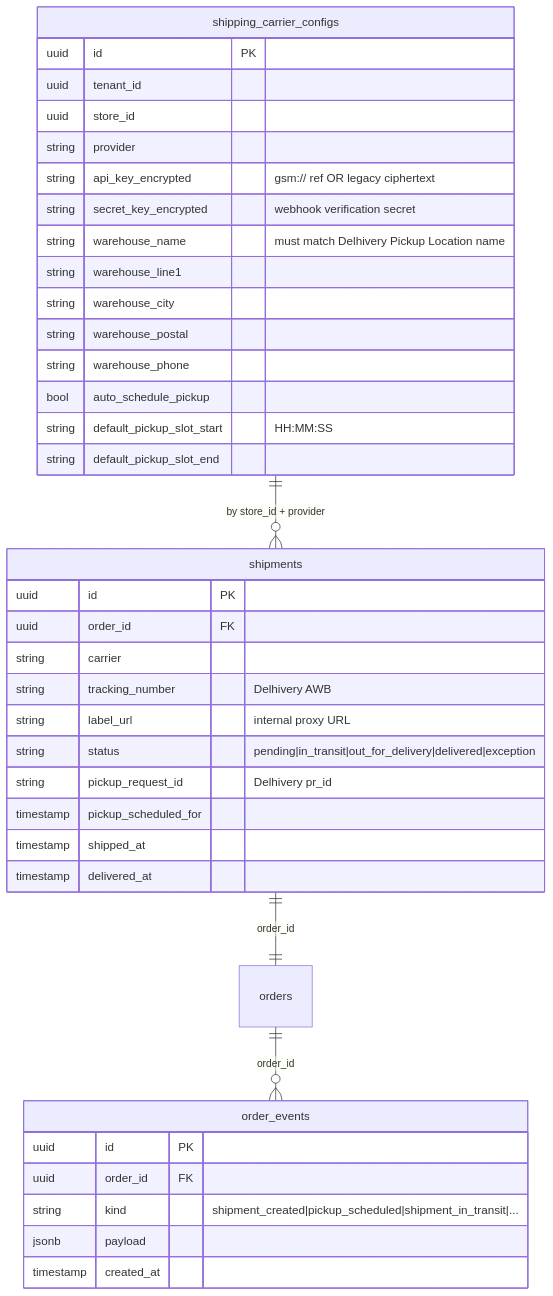
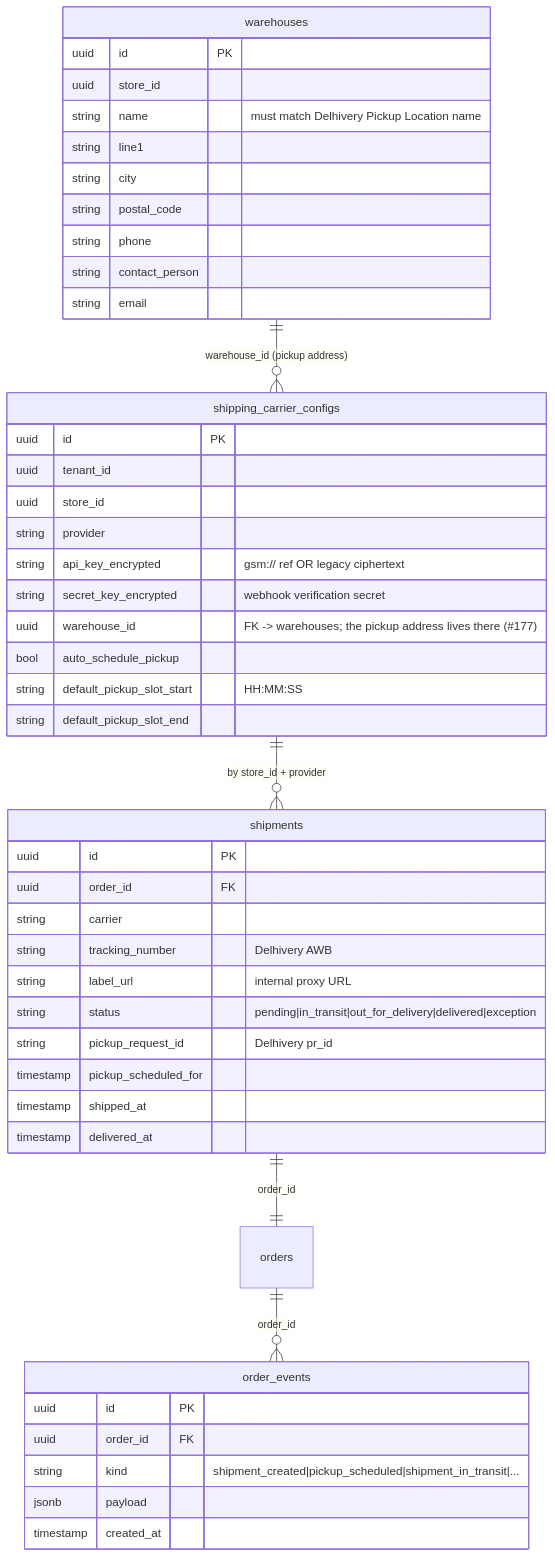
One commit to tesserix/mark8ly changed the fifth of 5 diagrams in docs/delhivery-integration.md. Above: the diagram before and after it, drawn with Mermaid. The commit also changed other lines of this file and 1 other file, not shown here.

Commit message:
docs(shipping): describe the pickup address as a warehouses row, not carrier-config columns (#484)

````diff
--- a/docs/delhivery-integration.md
+++ b/docs/delhivery-integration.md
@@ -273,44 +278,53 @@
 ```mermaid
 erDiagram
     shipping_carrier_configs ||--o{ shipments : "by store_id + provider"
+    warehouses ||--o{ shipping_carrier_configs : "warehouse_id (pickup address)"
     shipments ||--|| orders : "order_id"
     orders ||--o{ order_events : "order_id"
 
     shipping_carrier_configs {
         uuid id PK
         uuid tenant_id
         uuid store_id
         string provider
         string api_key_encrypted "gsm:// ref OR legacy ciphertext"
         string secret_key_encrypted "webhook verification secret"
-        string warehouse_name "must match Delhivery Pickup Location name"
-        string warehouse_line1
-        string warehouse_city
-        string warehouse_postal
-        string warehouse_phone
+        uuid warehouse_id "FK -> warehouses; the pickup address lives there (#177)"
         bool auto_schedule_pickup
         string default_pickup_slot_start "HH:MM:SS"
         string default_pickup_slot_end
+    }
+
+    warehouses {
+        uuid id PK
+        uuid store_id
+        string name "must match Delhivery Pickup Location name"
+        string line1
+        string city
+        string postal_code
+        string phone
+        string contact_person
+        string email
     }
 
     shipments {
         uuid id PK
         uuid order_id FK
         string carrier
         string tracking_number "Delhivery AWB"
         string label_url "internal proxy URL"
         string status "pending|in_transit|out_for_delivery|delivered|exception"
         string pickup_request_id "Delhivery pr_id"
         timestamp pickup_scheduled_for
         timestamp shipped_at
         timestamp delivered_at
     }
 
     order_events {
         uuid id PK
         uuid order_id FK
         string kind "shipment_created|pickup_scheduled|shipment_in_transit|..."
         jsonb payload
         timestamp created_at
     }
 ```
````
